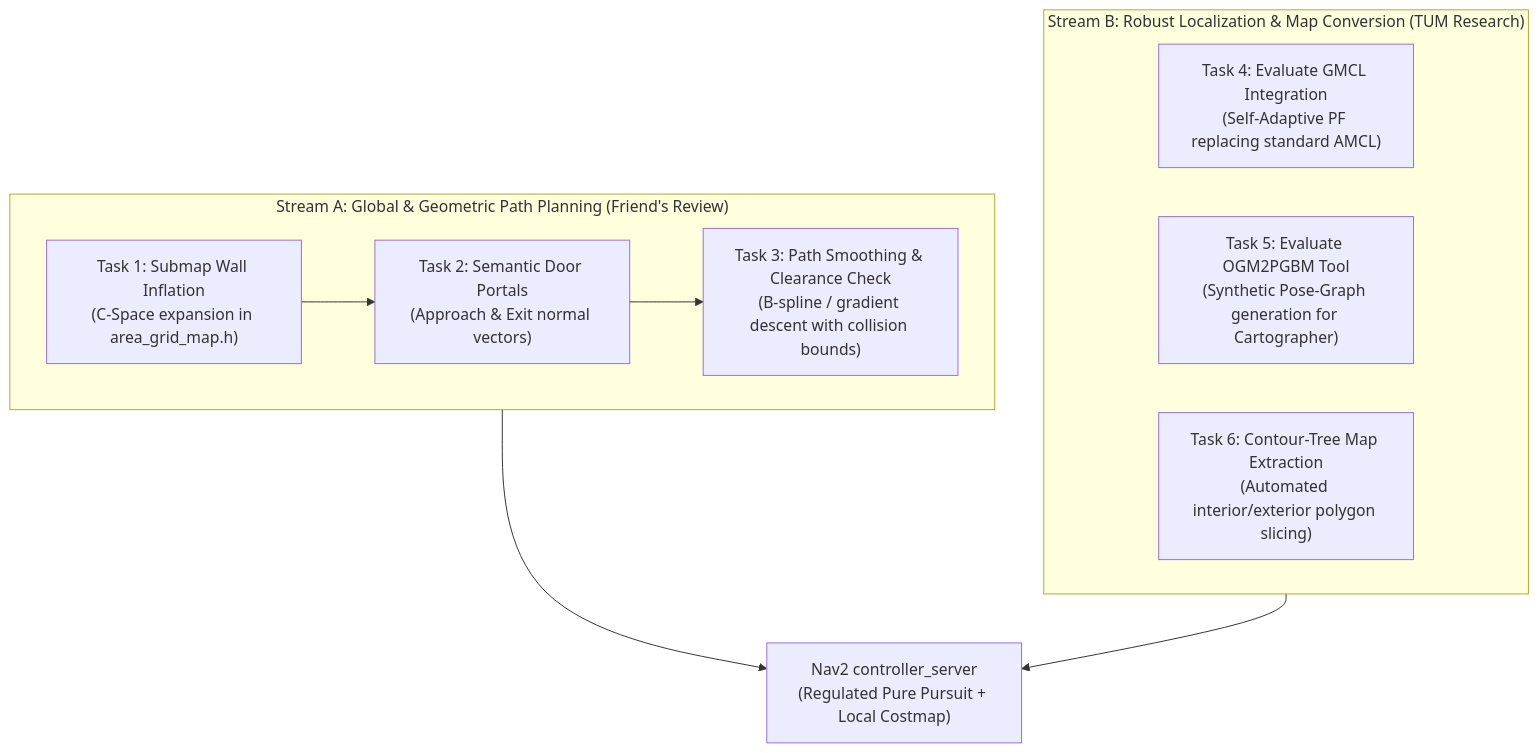
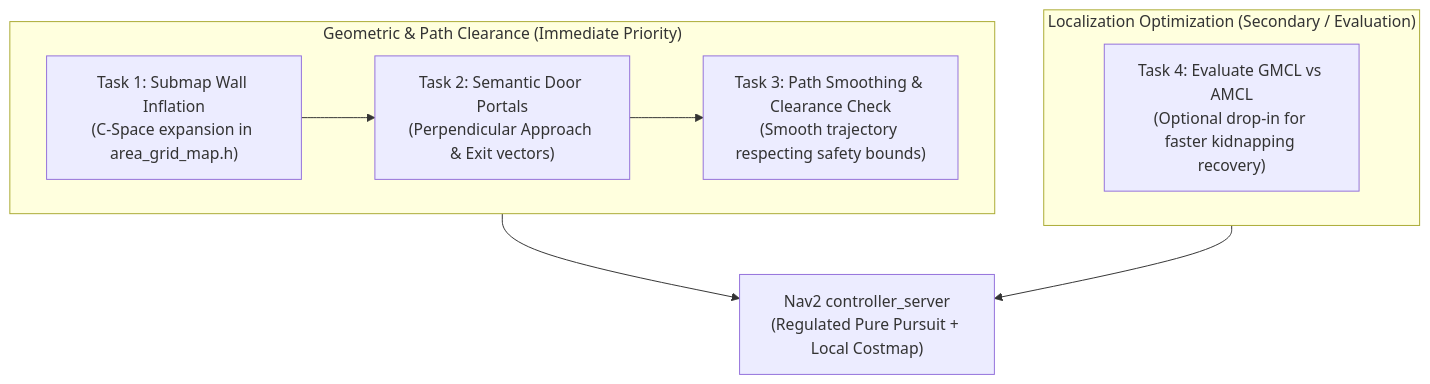
Before and after one commit to abdulrahimzulfiqar/Semantic-Autonomous-Lidar-Bot: the diagram in docs/pending_tasks.md, drawn with Mermaid. The commit also changed other lines of this file, not shown here.

Commit message:
docs: streamline pending tasks to focus on wall inflation and semantic door portals

````diff
--- a/docs/pending_tasks.md
+++ b/docs/pending_tasks.md
@@ -13,16 +9,14 @@
 ```mermaid
 graph TD
-    subgraph Stream_A ["Stream A: Global & Geometric Path Planning (Friend's Review)"]
-        A1["Task 1: Submap Wall Inflation<br/>(C-Space expansion in area_grid_map.h)"] --> A2["Task 2: Semantic Door Portals<br/>(Approach & Exit normal vectors)"]
-        A2 --> A3["Task 3: Path Smoothing & Clearance Check<br/>(B-spline / gradient descent with collision bounds)"]
+    subgraph Stream_A ["Geometric & Path Clearance (Immediate Priority)"]
+        A1["Task 1: Submap Wall Inflation<br/>(C-Space expansion in area_grid_map.h)"] --> A2["Task 2: Semantic Door Portals<br/>(Perpendicular Approach & Exit vectors)"]
+        A2 --> A3["Task 3: Path Smoothing & Clearance Check<br/>(Smooth trajectory respecting safety bounds)"]
     end
 
-    subgraph Stream_B ["Stream B: Robust Localization & Map Conversion (TUM Research)"]
-        B1["Task 4: Evaluate GMCL Integration<br/>(Self-Adaptive PF replacing standard AMCL)"]
-        B2["Task 5: Evaluate OGM2PGBM Tool<br/>(Synthetic Pose-Graph generation for Cartographer)"]
-        B3["Task 6: Contour-Tree Map Extraction<br/>(Automated interior/exterior polygon slicing)"]
+    subgraph Stream_B ["Localization Optimization (Secondary / Evaluation)"]
+        B1["Task 4: Evaluate GMCL vs AMCL<br/>(Optional drop-in for faster kidnapping recovery)"]
     end
 
     Stream_A --> Nav2["Nav2 controller_server<br/>(Regulated Pure Pursuit + Local Costmap)"]
     Stream_B --> Nav2
 ```
````
